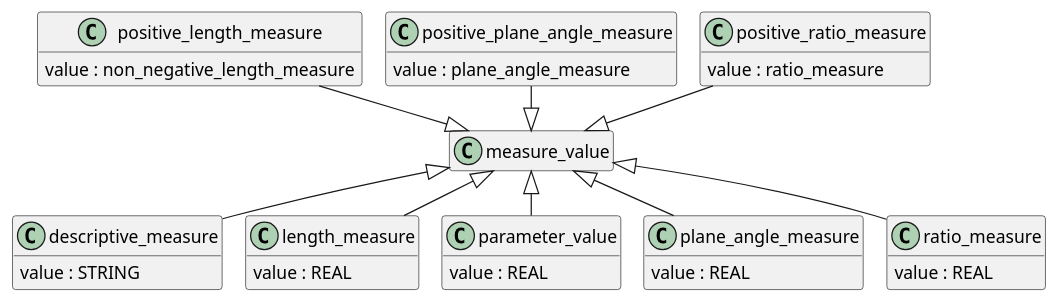
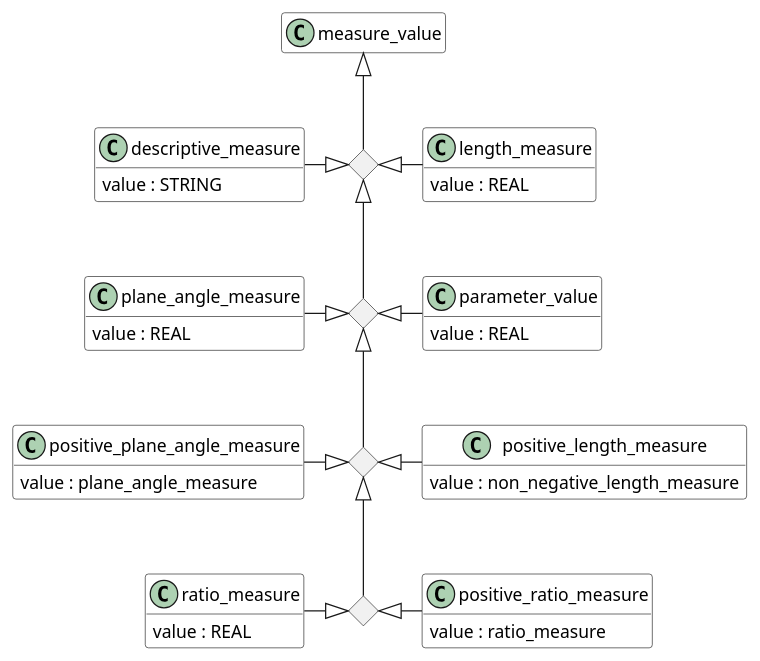
One commit to chukkaba/10303 changed the diagram in 002 Product/General_data/measure/source/measure_value.pu. Above: the diagram before and after it, drawn with PlantUML. The commit also changed 6 other files, not shown here.

```diff
--- a/002 Product/General_data/measure/source/measure_value.pu
+++ b/002 Product/General_data/measure/source/measure_value.pu
@@ -1,54 +1,66 @@
 @startuml
-!pragma layout smetana
-skinparam groupInheritance 4
+
 hide empty members
 
 ' Базовый класс для measure_value
-class measure_value {
+class measure_value #White {
   
 }
 
-' Наследование от measure_value
-
-descriptive_measure -up-|> measure_value
-length_measure -up-|> measure_value
-parameter_value -up-|> measure_value
-plane_angle_measure -up-|> measure_value
-positive_length_measure --|> measure_value
-positive_plane_angle_measure --|> measure_value
-positive_ratio_measure --|> measure_value
-ratio_measure -up-|> measure_value
-
 ' Подклассы measure_value
-class descriptive_measure {
+class descriptive_measure #White {
   value : STRING
 }
 
-class length_measure {
+class length_measure #White {
   value : REAL
 }
 
-class parameter_value {
+class parameter_value #White {
   value : REAL
 }
 
-class plane_angle_measure {
+class plane_angle_measure #White {
   value : REAL
 }
 
-class positive_length_measure {
+class positive_length_measure #White {
   value : non_negative_length_measure
 }
 
-class positive_plane_angle_measure {
+class positive_plane_angle_measure #White {
   value : plane_angle_measure
 }
 
-class positive_ratio_measure {
+class positive_ratio_measure #White {
   value : ratio_measure
 }
 
-class ratio_measure {
+class ratio_measure #White {
   value : REAL
 }
+
+
+'визуальная группировка классов
+<> diamond
+<> diamond2
+<> diamond3
+<> diamond4
+
+diamond -up-|> measure_value
+diamond2 -up-|> diamond
+diamond3 -up-|> diamond2
+diamond4 -up-|> diamond3
+
+' Наследование от measure_value
+descriptive_measure -right-|> diamond
+length_measure -left-|> diamond
+parameter_value -left-|> diamond2
+plane_angle_measure -right-|> diamond2
+positive_length_measure -left-|> diamond3
+positive_plane_angle_measure -right-|> diamond3
+positive_ratio_measure -left-|> diamond4
+ratio_measure -right-|> diamond4
+
+
 @enduml
```
